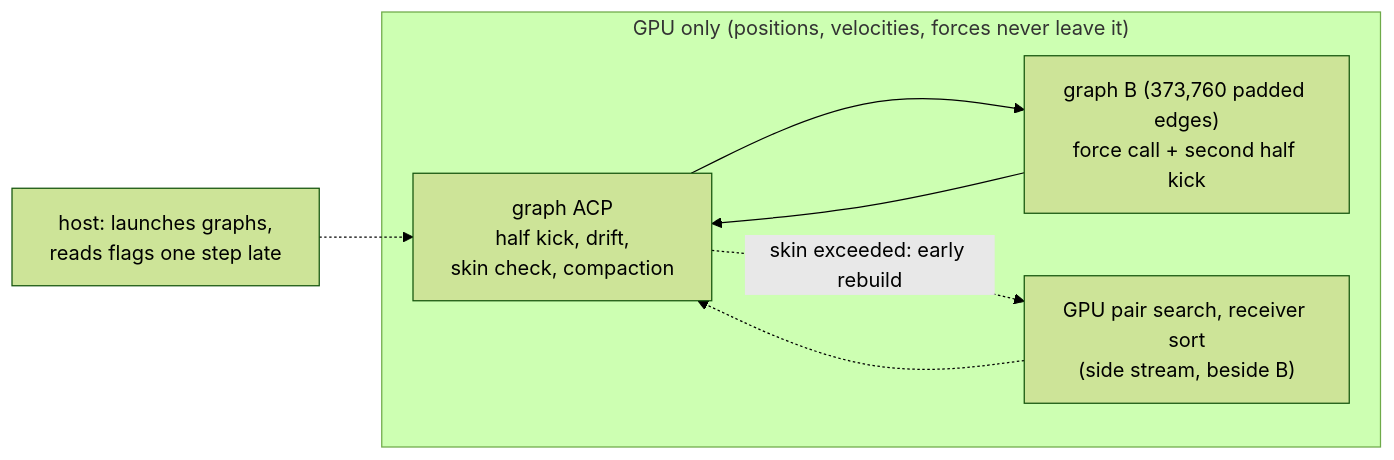
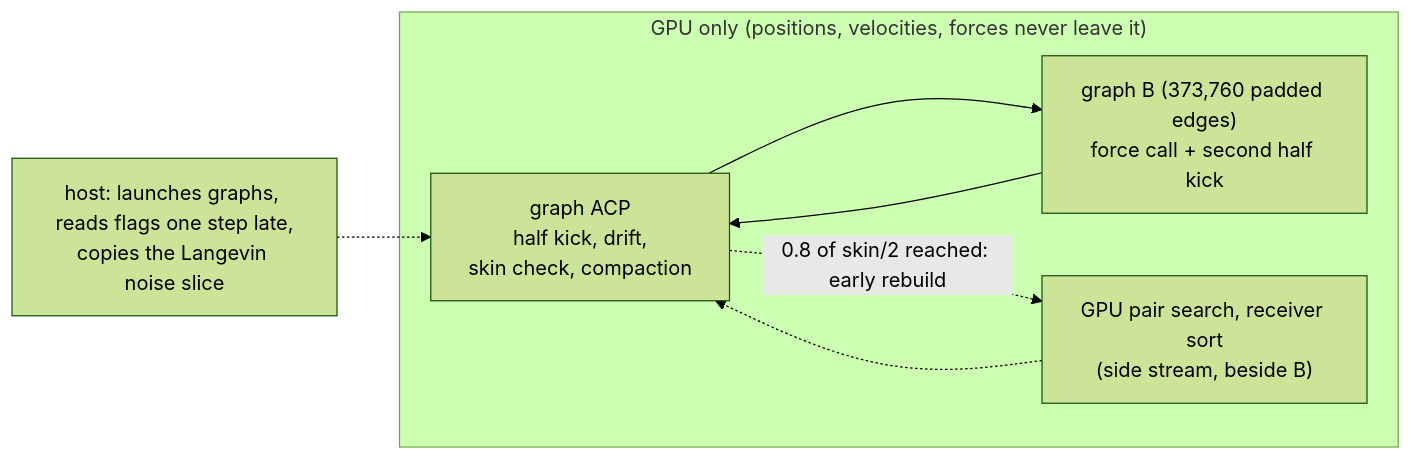
One commit to FZWINGEL-UBT/FastMACE changed the third of 7 diagrams in docs/validation/omat0-a100-optimisations.md. Above: the diagram before and after it, drawn with Mermaid (forest theme). The commit also changed other lines of this file, not shown here.

````diff
--- a/docs/validation/omat0-a100-optimisations.md
+++ b/docs/validation/omat0-a100-optimisations.md
@@ -96,10 +106,10 @@
 ```mermaid
 flowchart LR
   subgraph GPU["GPU only (positions, velocities, forces never leave it)"]
     ACP["graph ACP<br/>half kick, drift,<br/>skin check, compaction"] --> B["graph B (373,760 padded edges)<br/>force call + second half kick"]
     B --> ACP
-    ACP -. "skin exceeded: early rebuild" .-> NLR["GPU pair search, receiver sort<br/>(side stream, beside B)"]
+    ACP -. "0.8 of skin/2 reached: early rebuild" .-> NLR["GPU pair search, receiver sort<br/>(side stream, beside B)"]
     NLR -.-> ACP
   end
-  HOST["host: launches graphs,<br/>reads flags one step late"] -.-> ACP
+  HOST["host: launches graphs, reads flags one step late,<br/>copies the Langevin noise slice"] -.-> ACP
 ```
````
